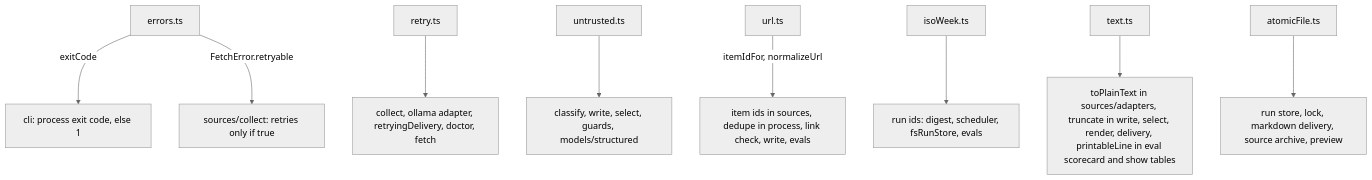
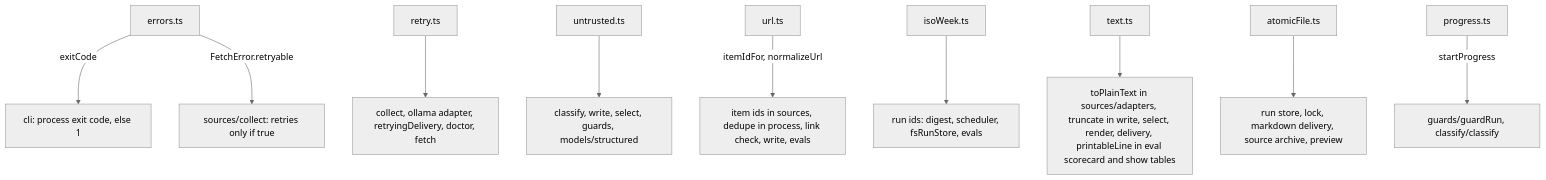
The second of 2 diagrams in src/shared/CLAUDE.md (odere-pro/weekly-engineering-digest-agent), drawn with Mermaid (neutral theme) before and after one commit. The commit also changed other lines of this file and 10 other files, not shown here.

````diff
--- a/src/shared/CLAUDE.md
+++ b/src/shared/CLAUDE.md
@@ -19,11 +19,12 @@
 ```mermaid
 flowchart TD
   errors["errors.ts"] -->|"exitCode"| exit["cli: process exit code, else 1"]
   errors -->|"FetchError.retryable"| collect["sources/collect: retries only if true"]
   retry["retry.ts"] --> callers["collect, ollama adapter, retryingDelivery, doctor, fetch"]
   untrusted["untrusted.ts"] --> prompts["classify, write, select, guards, models/structured"]
   url["url.ts"] -->|"itemIdFor, normalizeUrl"| ids["item ids in sources, dedupe in process, link check, write, evals"]
   isoWeek["isoWeek.ts"] --> weeks["run ids: digest, scheduler, fsRunStore, evals"]
   text["text.ts"] --> caps["toPlainText in sources/adapters, truncate in write, select, render, delivery, printableLine in eval scorecard and show tables"]
   atomic["atomicFile.ts"] --> files["run store, lock, markdown delivery, source archive, preview"]
+  progress["progress.ts"] -->|"startProgress"| steps["guards/guardRun, classify/classify"]
 ```
````
